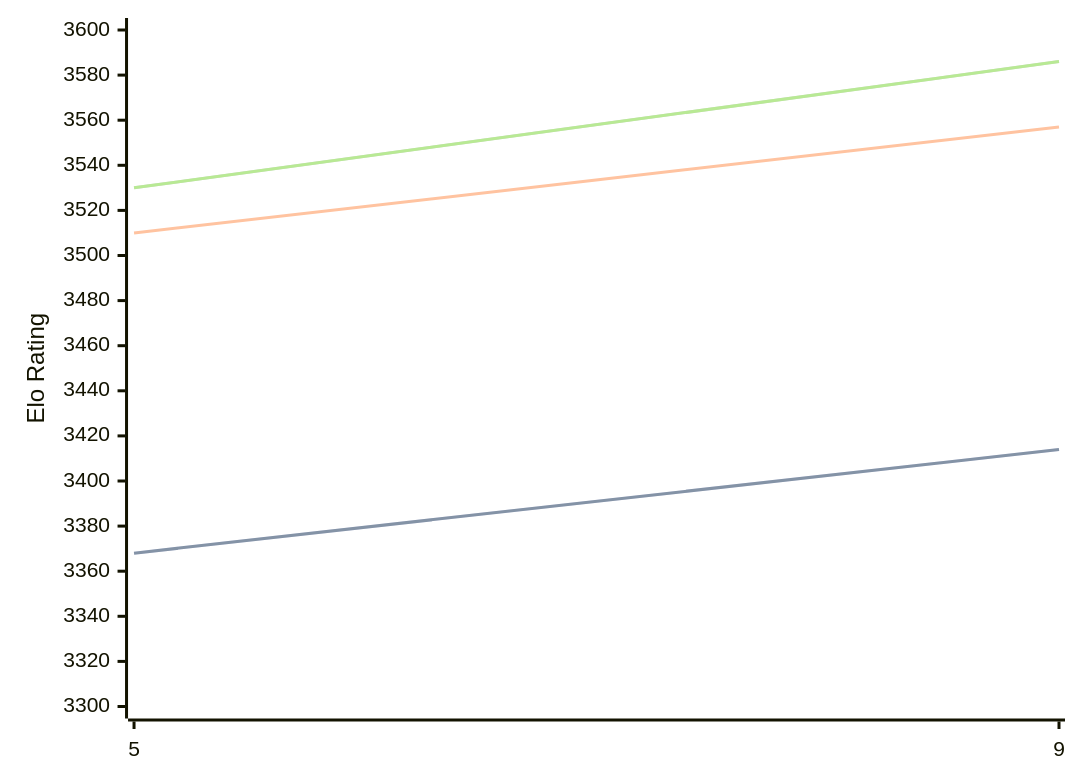
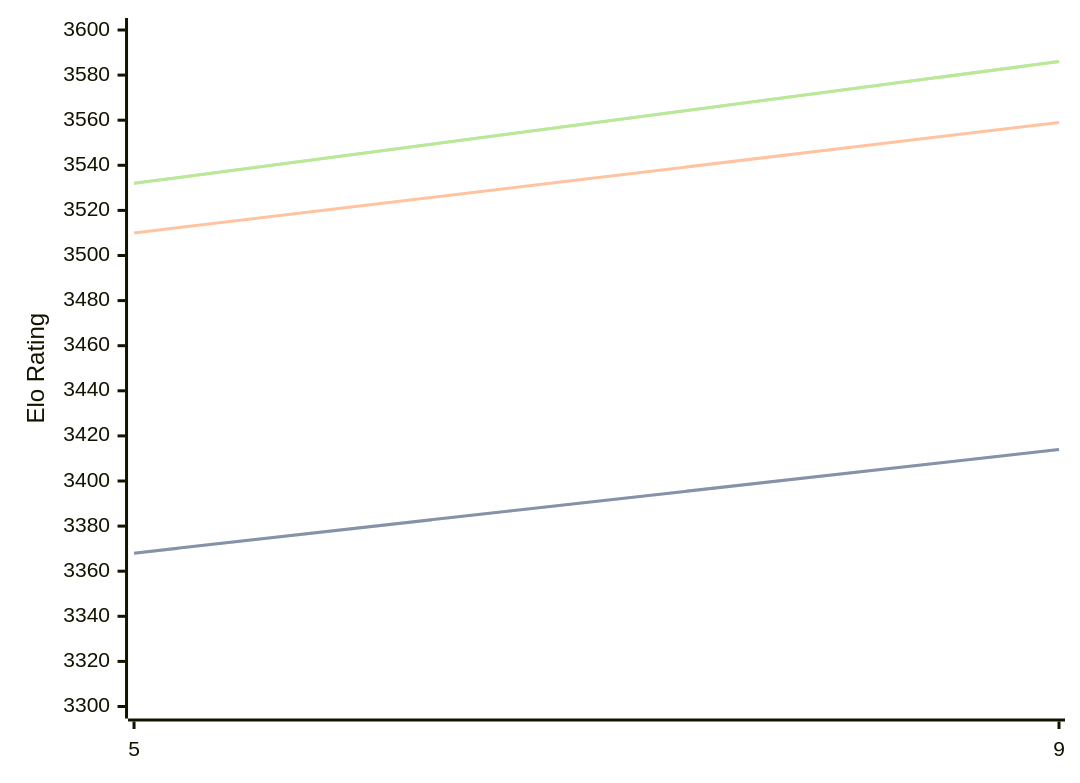
One commit to computer-chess-index/cci changed the third of 3 diagrams in engines/Crystal.md. Above: the diagram before and after it, drawn with Mermaid. The commit also changed other lines of this file, not shown here.

Commit message:
Update CCI Ratings (ELO VLTC) - 2026-07-13

````diff
--- a/engines/Crystal.md
+++ b/engines/Crystal.md
@@ -93,11 +93,11 @@
 ```mermaid
 %%{init: {"theme":"base","themeVariables":{"seriesColors:['#a3a3a3','#222221','#faa371']}}}%%
 xychart-beta
   x-axis ["5", "9"]
   y-axis "Elo Rating" 3300 --> 3600
   line "STC (8.0+0.08s)" [3368, 3414]
   line "STC (8.0+0.08s)" [3368, 3414]
-  line "LTC (60.0+0.60s)" [3510, 3557]
-  line "VLTC (2m24s+1.12s)" [3530, 3586]
-  line "VLTC (2m24s+1.12s)" [3530, 3586]
+  line "LTC (60.0+0.60s)" [3510, 3559]
+  line "VLTC (2m24s+1.12s)" [3532, 3586]
+  line "VLTC (2m24s+1.12s)" [3532, 3586]
 ```
````
